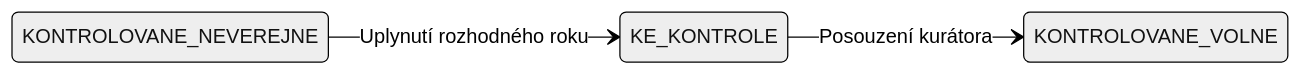
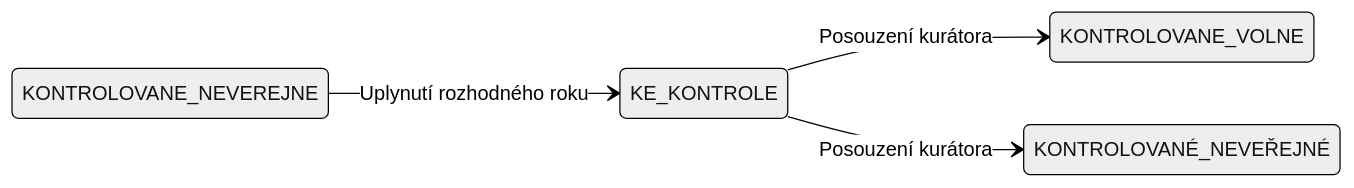
The third of 4 diagrams in kuratorska-aplikace/README.md (ceskaexpedice/kapp), drawn with Mermaid (neutral theme) before and after one commit.

````diff
--- a/kuratorska-aplikace/README.md
+++ b/kuratorska-aplikace/README.md
@@ -70,24 +70,25 @@
 ```mermaid
 stateDiagram-v2
     direction LR
 
     state Imported <<start>>
     state Konec <<end>>
 
     state NEKONTROLOVANÉ_ZPŘÍSTUPNĚNÉ : Automaticky přidělovaná licence public - Nedochází ke kurátorské kontrole (Monografie pred rokem 1900 a rocniky starsi nez 110 let)
     state NEKONTROLOVANÉ : Automaticky přidělovaná licence onsite - Nedochází ke kurátorské kontrole (Mapy, monografie a hudebniny vydané před méně než 70 lety)
     state KE_KONTROLE : Nutná kurátorská kontrola
 
     state KONTROLOVANÉ_VOLNÉ : Public (Volné AP)
     state KONTROLOVANÉ_NEVEŘEJNÉ : Private (Běží AP, s rozhodným rokem)
     state KONTROLOVANÉ_NEZNÁMÉ : Private (Neznámý stav AP)
     state KONTROLOVANÉ_NEZNÁMÉ_ZPŘÍSTUPNĚNÉ : Public (Neznámé AP, ale zpřístupněno)
     state KONTROLOVANÉ_NEVEŘEJNÉ_LICENCE : Public/Private (Neveřejné, ale s licencí)
     state KONTROLOVANÉ_BEZ_AP : Public (Dílo bez AP)
     state KONTROLOVANÉ_ZNEPŘÍSTUPNĚNÉ : Private (Znepřístupněno)
 
 
     %% Automatické přechody v čase
     KONTROLOVANE_NEVEREJNE --> KE_KONTROLE : Uplynutí rozhodného roku
     KE_KONTROLE --> KONTROLOVANE_VOLNE : Posouzení kurátora
+    KE_KONTROLE --> KONTROLOVANÉ_NEVEŘEJNÉ : Posouzení kurátora
 ```
````
